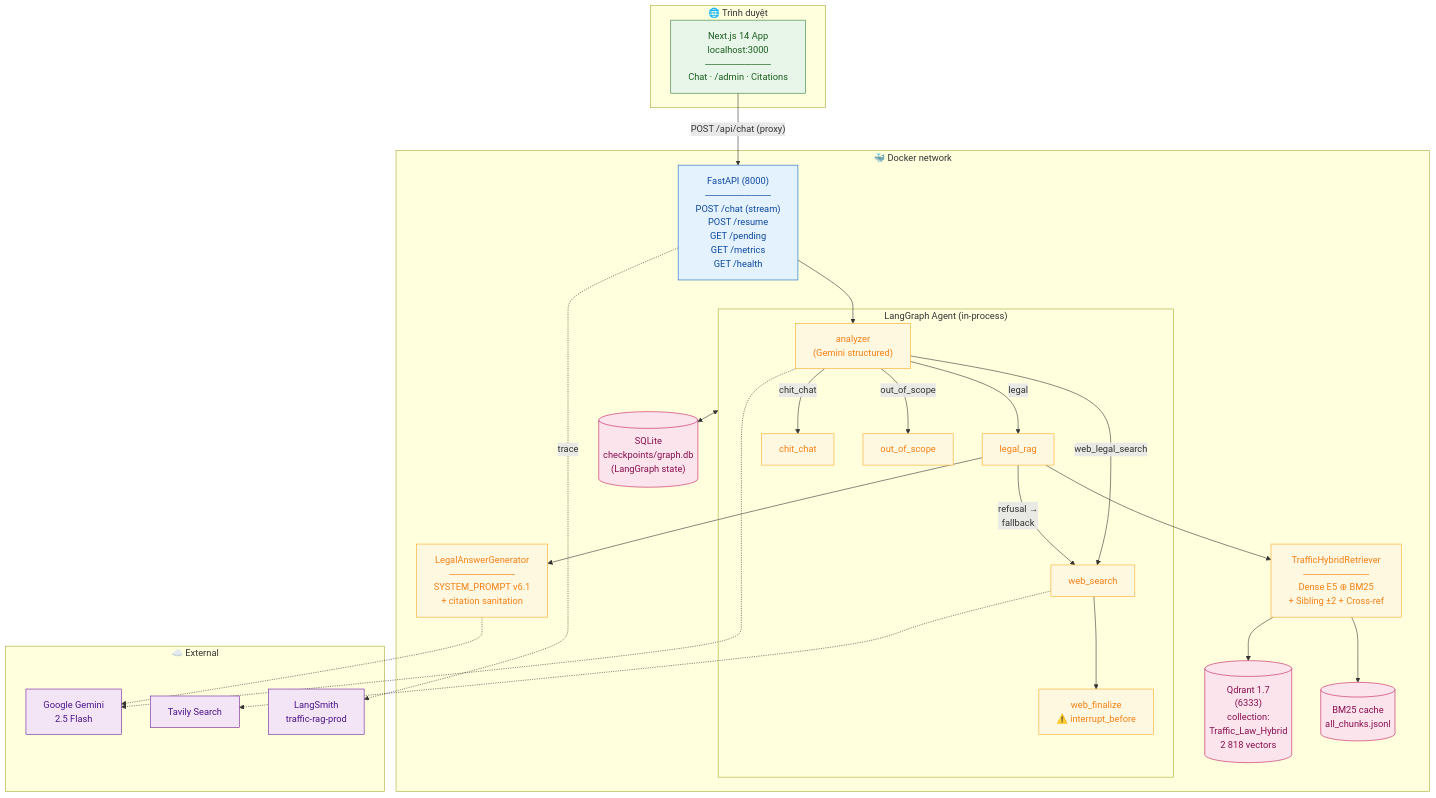
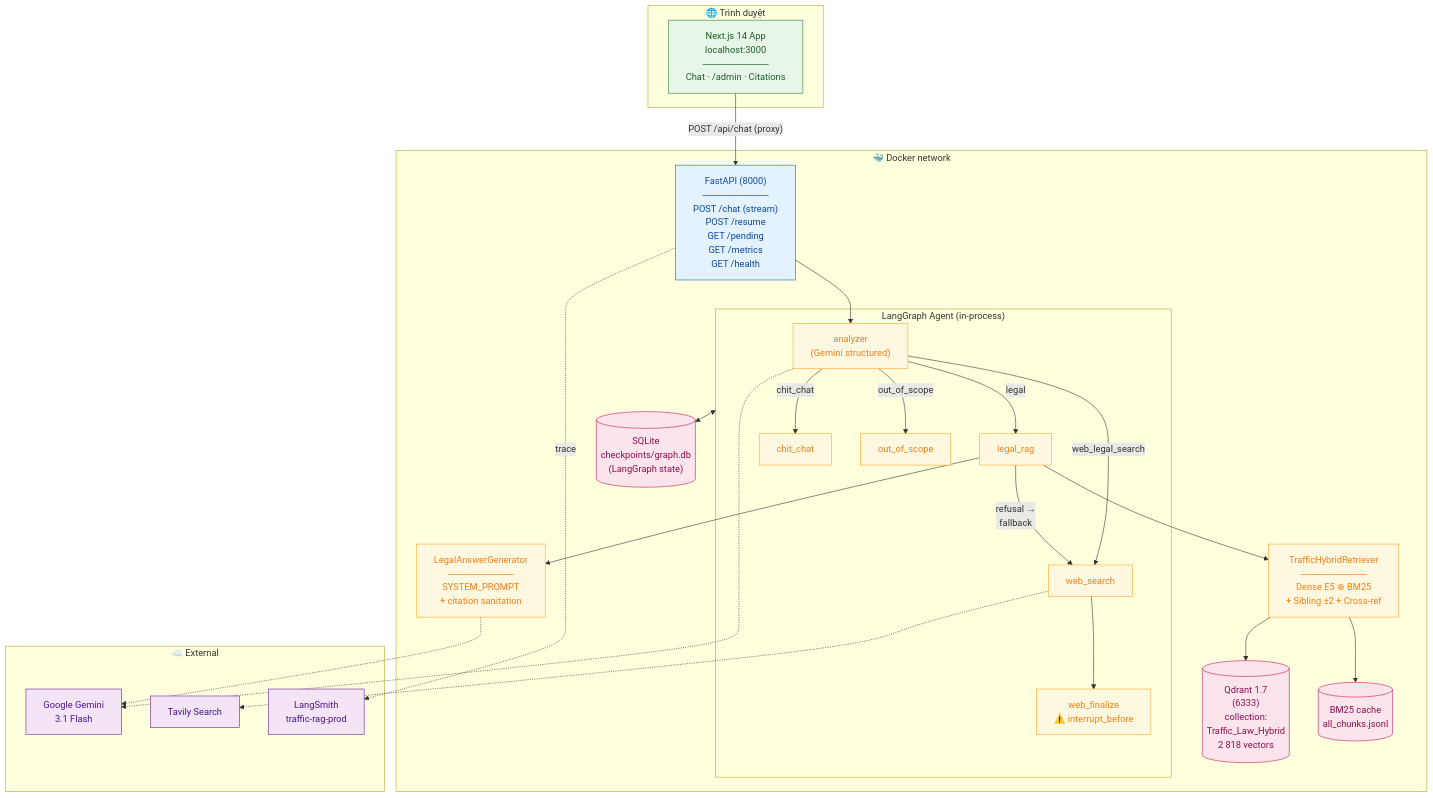
The second of 11 diagrams in doc/so_do_he_thong.md (MacPhuPhong/TRAFFIC_LAW_LLM_RAG_AGENTIC), drawn with Mermaid before and after one commit. The commit also changed other lines of this file and 9 other files, not shown here.

Commit message:
refactor: consolidate agent logic and cleanup legacy chunking/indexing code; update system diagram

````diff
--- a/doc/so_do_he_thong.md
+++ b/doc/so_do_he_thong.md
@@ -62,58 +62,58 @@
 ```mermaid
 flowchart TB
     classDef ui fill:#e8f5e9,stroke:#2e7d32,color:#1b5e20
     classDef api fill:#e3f2fd,stroke:#1565c0,color:#0d47a1
     classDef agent fill:#fff8e1,stroke:#f9a825,color:#f57f17
     classDef store fill:#fce4ec,stroke:#c2185b,color:#880e4f
     classDef ext fill:#f3e5f5,stroke:#6a1b9a,color:#4a148c
 
     subgraph Browser["🌐 Trình duyệt"]
         UI["Next.js 14 App<br/>localhost:3000<br/>──────────<br/>Chat · /admin · Citations"]:::ui
     end
 
     subgraph Backend["🐳 Docker network"]
         API["FastAPI (8000)<br/>──────────<br/>POST /chat (stream)<br/>POST /resume<br/>GET /pending<br/>GET /metrics<br/>GET /health"]:::api
 
         subgraph LangGraphAgent["LangGraph Agent (in-process)"]
             ANALYZER["analyzer<br/>(Gemini structured)"]:::agent
             LEGAL["legal_rag"]:::agent
             CHIT["chit_chat"]:::agent
             WEB["web_search"]:::agent
             WFIN["web_finalize<br/>⚠️ interrupt_before"]:::agent
             OOS["out_of_scope"]:::agent
         end
 
         RET["TrafficHybridRetriever<br/>──────────<br/>Dense E5 ⊕ BM25<br/>+ Sibling ±2 + Cross-ref"]:::agent
-        GEN["LegalAnswerGenerator<br/>──────────<br/>SYSTEM_PROMPT v6.1<br/>+ citation sanitation"]:::agent
+        GEN["LegalAnswerGenerator<br/>──────────<br/>SYSTEM_PROMPT <br/>+ citation sanitation"]:::agent
 
         QD[("Qdrant 1.7<br/>(6333)<br/>collection:<br/>Traffic_Law_Hybrid<br/>2 818 vectors")]:::store
         CKPT[("SQLite<br/>checkpoints/graph.db<br/>(LangGraph state)")]:::store
         BM25C[("BM25 cache<br/>all_chunks.jsonl")]:::store
     end
 
     subgraph Cloud["☁️ External"]
-        GEMINI["Google Gemini<br/>2.5 Flash"]:::ext
+        GEMINI["Google Gemini<br/>3.1 Flash"]:::ext
         TAVILY["Tavily Search"]:::ext
         LSMITH["LangSmith<br/>traffic-rag-prod"]:::ext
     end
 
     UI -- "POST /api/chat (proxy)" --> API
     API --> ANALYZER
     ANALYZER -->|legal| LEGAL
     ANALYZER -->|chit_chat| CHIT
     ANALYZER -->|web_legal_search| WEB
     ANALYZER -->|out_of_scope| OOS
     LEGAL -->|"refusal →<br/>fallback"| WEB
     WEB --> WFIN
 
     LEGAL --> RET
     LEGAL --> GEN
     RET --> QD
     RET --> BM25C
     GEN -.-> GEMINI
     ANALYZER -.-> GEMINI
     WEB -.-> TAVILY
     LangGraphAgent <--> CKPT
 
     API -.->|trace| LSMITH
 ```
````
